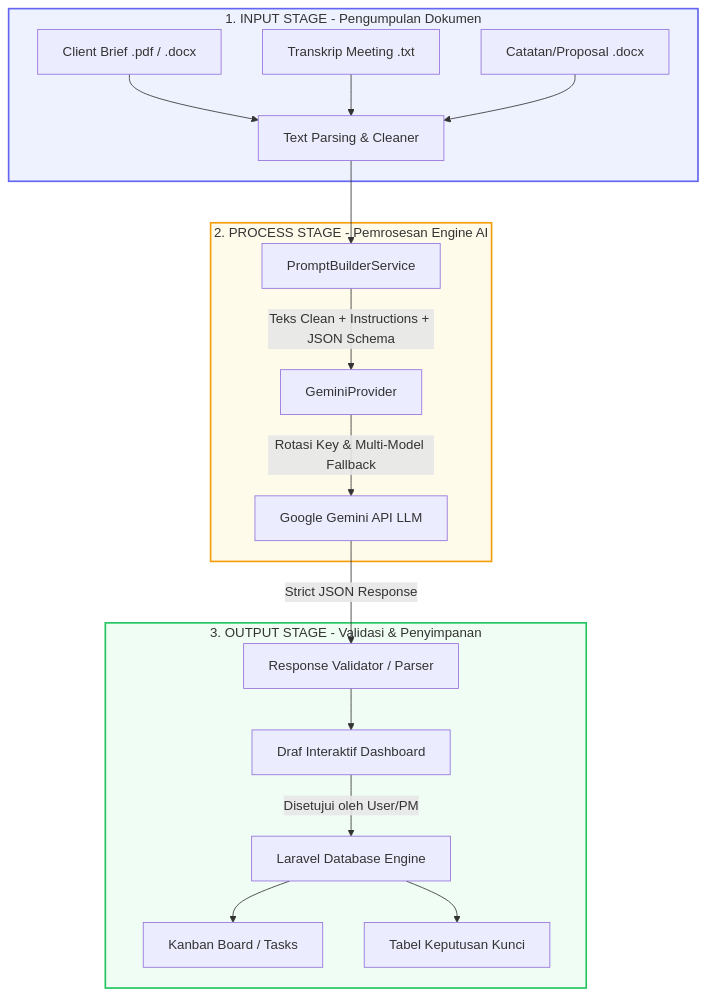
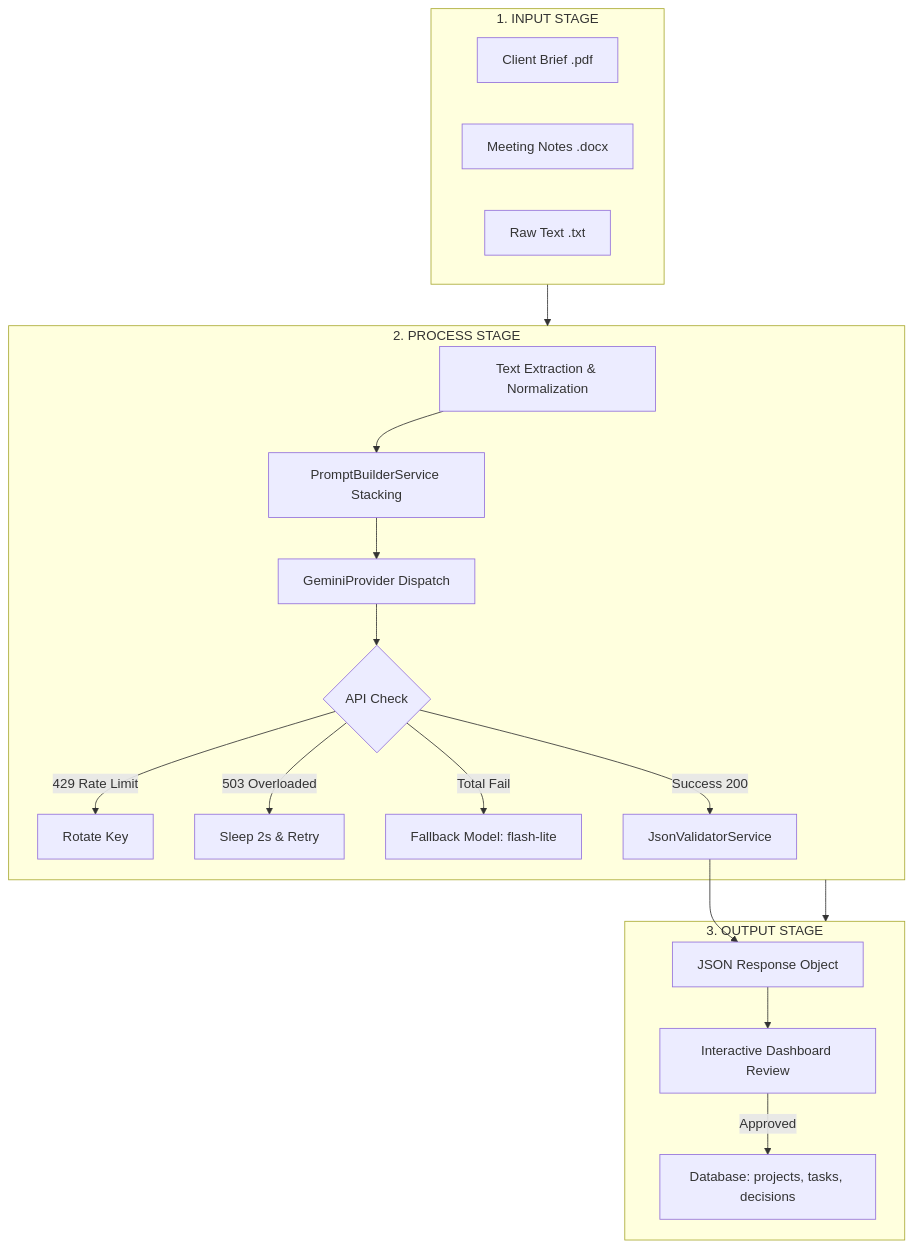
The diagram in CARA_KERJA_AI_KOLADI.md (Dzakwan993/koladi), drawn with Mermaid before and after one commit. The commit also changed other lines of this file and 3 other files, not shown here.

````diff
--- a/CARA_KERJA_AI_KOLADI.md
+++ b/CARA_KERJA_AI_KOLADI.md
@@ -47,26 +94,26 @@
 ```mermaid
 graph TD
-    subgraph Input [1. INPUT STAGE - Pengumpulan Dokumen]
-        A1[Client Brief .pdf / .docx] --> B[Text Parsing & Cleaner]
-        A2[Transkrip Meeting .txt] --> B
-        A3[Catatan/Proposal .docx] --> B
+    subgraph INPUT [1. INPUT STAGE]
+        A1[Client Brief .pdf]
+        A2[Meeting Notes .docx]
+        A3[Raw Text .txt]
     end
 
-    subgraph Process [2. PROCESS STAGE - Pemrosesan Engine AI]
-        B --> C[PromptBuilderService]
-        C -->|Teks Clean + Instructions + JSON Schema| D[GeminiProvider]
-        D -->|Rotasi Key & Multi-Model Fallback| E[Google Gemini API LLM]
+    subgraph PROCESS [2. PROCESS STAGE]
+        B[Text Extraction & Normalization] --> C[PromptBuilderService Stacking]
+        C --> D[GeminiProvider Dispatch]
+        D --> E{API Check}
+        E -- 429 Rate Limit --> F[Rotate Key]
+        E -- 503 Overloaded --> G[Sleep 2s & Retry]
+        E -- Total Fail --> H[Fallback Model: flash-lite]
+        E -- Success 200 --> I[JsonValidatorService]
     end
 
-    subgraph Output [3. OUTPUT STAGE - Validasi & Penyimpanan]
-        E -->|Strict JSON Response| F[Response Validator / Parser]
-        F --> G[Draf Interaktif Dashboard]
-        G -->|Disetujui oleh User/PM| H[Laravel Database Engine]
-        H --> I[Kanban Board / Tasks]
-        H --> J[Tabel Keputusan Kunci]
+    subgraph OUTPUT [3. OUTPUT STAGE]
+        I --> J[JSON Response Object]
+        J --> K[Interactive Dashboard Review]
+        K -->|Approved| L[Database: projects, tasks, decisions]
     end
 
-    style Input fill:#eef2ff,stroke:#6366f1,stroke-width:2px
-    style Process fill:#fffbeb,stroke:#f59e0b,stroke-width:2px
-    style Output fill:#f0fdf4,stroke:#22c55e,stroke-width:2px
+    INPUT --> PROCESS --> OUTPUT
 ```
````
